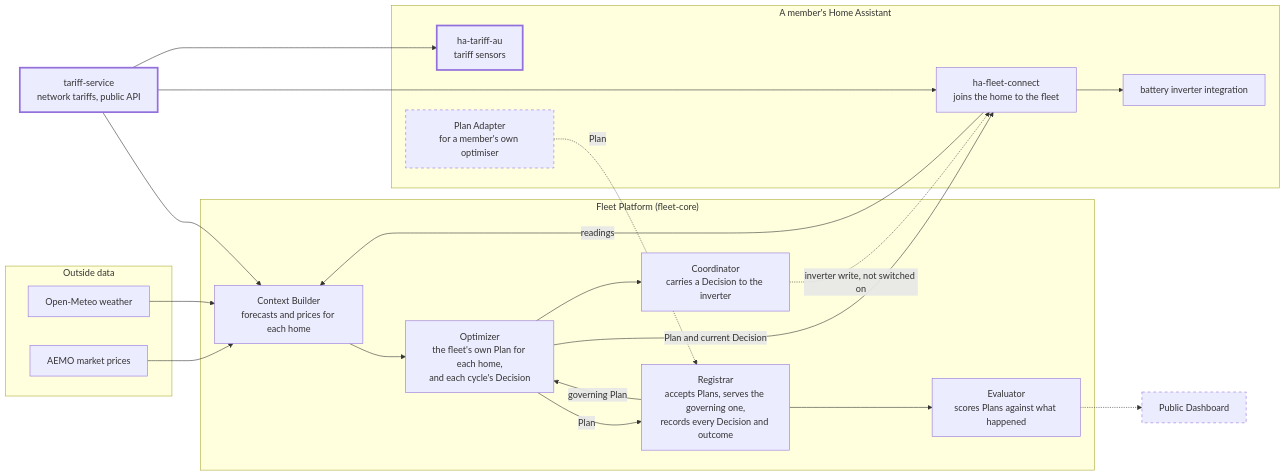
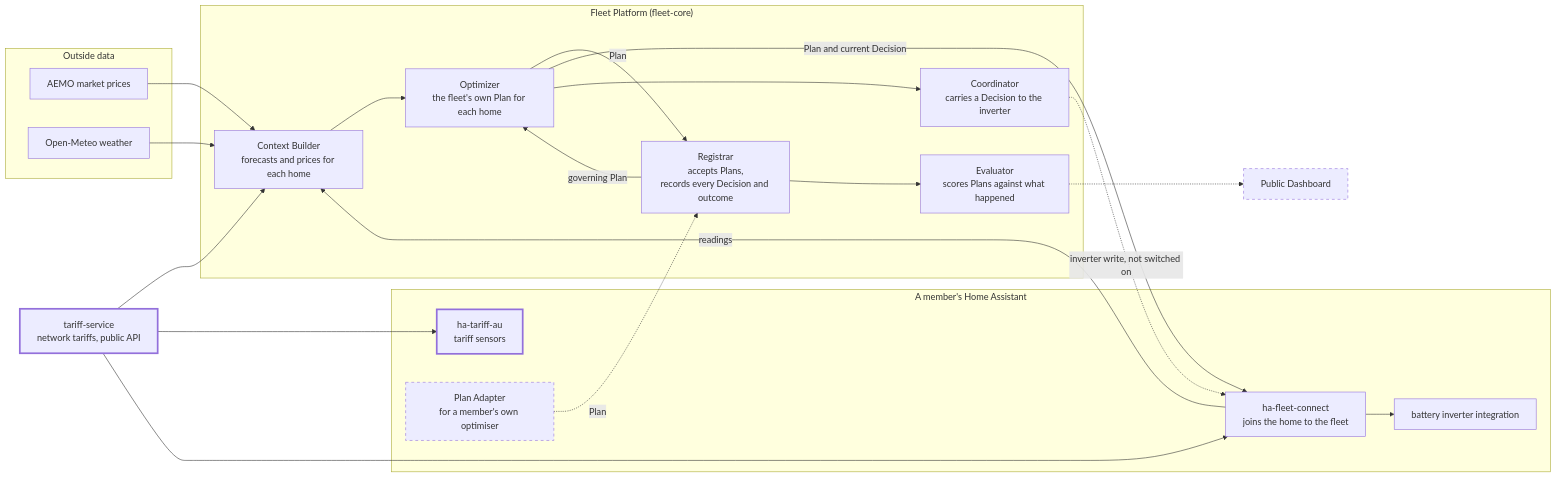
One commit to Open-Energy-Collective/.github changed the diagram in profile/README.md. Above: the diagram before and after it, drawn with Mermaid.

Commit message:
docs: diagram layout and shorter box labels

````diff
--- a/profile/README.md
+++ b/profile/README.md
@@ -19,40 +19,41 @@
 ```mermaid
 flowchart LR
   subgraph EXT["Outside data"]
     AEMO["AEMO market prices"]
     WX["Open-Meteo weather"]
   end
   TS["tariff-service<br/>network tariffs, public API"]:::pub
   subgraph HOME["A member's Home Assistant"]
     HTA["ha-tariff-au<br/>tariff sensors"]:::pub
     HFC["ha-fleet-connect<br/>joins the home to the fleet"]
     INV["battery inverter integration"]
     AD["Plan Adapter<br/>for a member's own optimiser"]:::planned
   end
   subgraph FP["Fleet Platform (fleet-core)"]
     CB["Context Builder<br/>forecasts and prices for each home"]
-    OPT["Optimizer<br/>the fleet's own Plan for each home,<br/>and each cycle's Decision"]
+    OPT["Optimizer<br/>the fleet's own Plan for each home"]
     CO["Coordinator<br/>carries a Decision to the inverter"]
-    REG["Registrar<br/>accepts Plans, serves the governing one,<br/>records every Decision and outcome"]
+    REG["Registrar<br/>accepts Plans,<br/>records every Decision and outcome"]
     EV["Evaluator<br/>scores Plans against what happened"]
   end
   PD["Public Dashboard"]:::planned
   AEMO --> CB
   WX --> CB
   TS --> CB
   TS --> HTA
   TS --> HFC
   HFC -- "readings" --> CB
   CB --> OPT
   OPT -- "Plan" --> REG
   AD -. "Plan" .-> REG
   REG -- "governing Plan" --> OPT
   OPT -- "Plan and current Decision" --> HFC
   OPT --> CO
+  REG ~~~ CO
   CO -. "inverter write, not switched on" .-> HFC
   HFC --> INV
   REG --> EV
   EV -.-> PD
   classDef pub stroke-width:3px
   classDef planned stroke-dasharray:5 5
 ```
````
